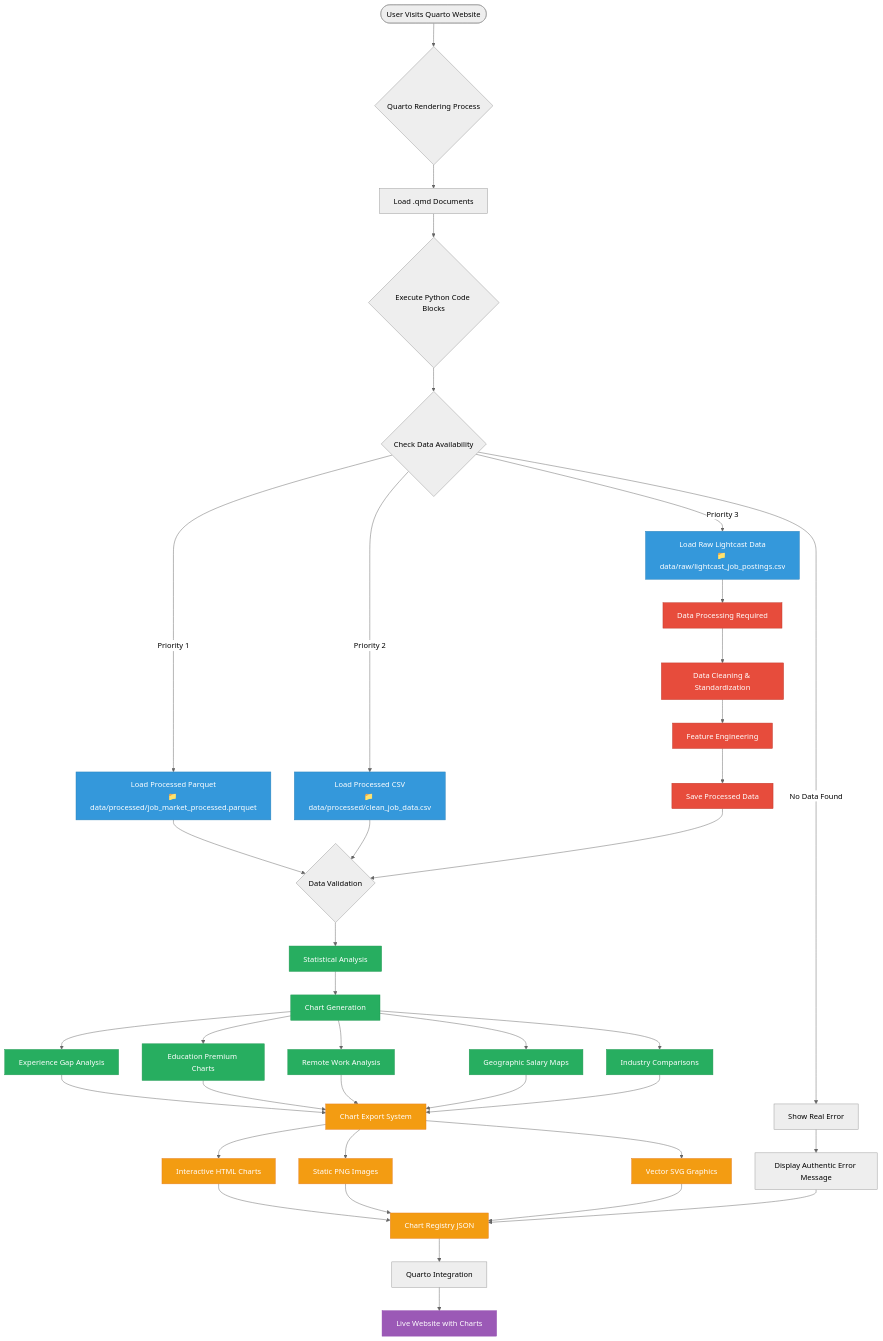
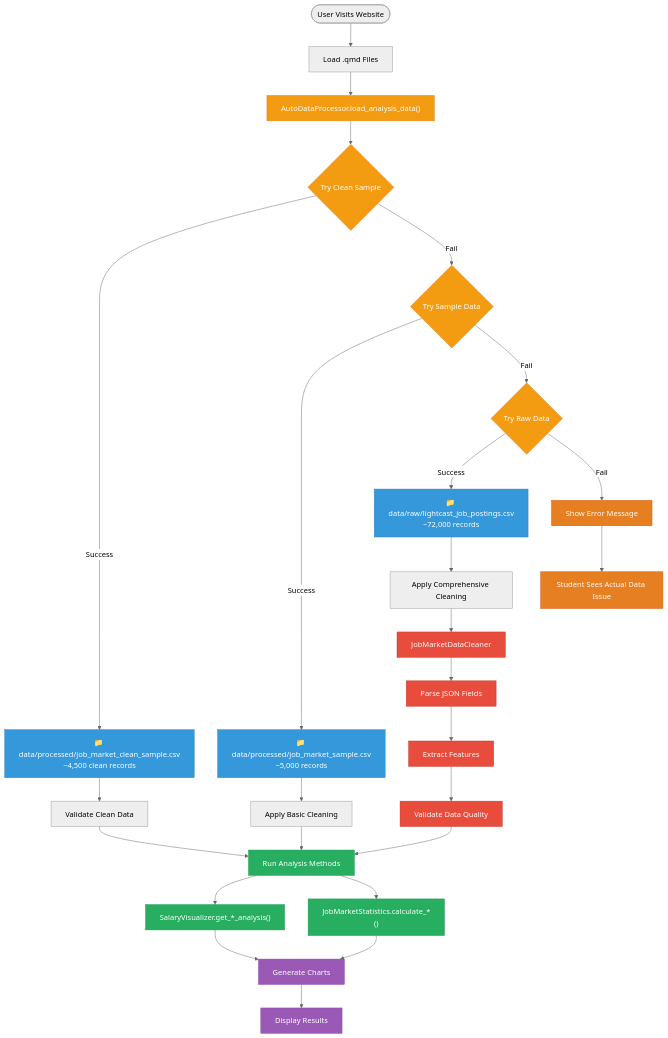
The first of 3 diagrams in DESIGN.md (samarthya/ad688-scratch), drawn with Mermaid (neutral theme) before and after one commit. The commit also changed other lines of this file and 48 other files, not shown here.

````diff
--- a/DESIGN.md
+++ b/DESIGN.md
@@ -107,78 +107,61 @@
 ```mermaid
 flowchart TD
-    %% User Access
-    START([User Visits Quarto Website]) --> RENDER{Quarto Rendering Process}
+    %% Start
+    START([User Visits Website]) --> QMD[Load .qmd Files]
 
-    %% Quarto Document Processing
-    RENDER --> QMD[Load .qmd Documents]
-    QMD --> PYTHON{Execute Python Code Blocks}
+    %% Auto-Processing Pipeline
+    QMD --> AUTO["AutoDataProcessor.load_analysis_data()"]
 
-    %% Data Loading Decision Tree
-    PYTHON --> DATACHECK{Check Data Availability}
+    %% Data Source Priority
+    AUTO --> TRY1{Try Clean Sample}
+    TRY1 -->|Success| CLEAN[📁 data/processed/job_market_clean_sample.csv<br/>~4,500 clean records]
+    TRY1 -->|Fail| TRY2{Try Sample Data}
 
-    %% Data Source Hierarchy
-    DATACHECK -->|Priority 1| PARQUET[Load Processed Parquet<br/>📁 data/processed/job_market_processed.parquet]
-    DATACHECK -->|Priority 2| CSV[Load Processed CSV<br/>📁 data/processed/clean_job_data.csv]
-    DATACHECK -->|Priority 3| RAW[Load Raw Lightcast Data<br/>📁 data/raw/lightcast_job_postings.csv]
+    TRY2 -->|Success| SAMPLE[📁 data/processed/job_market_sample.csv<br/>~5,000 records]
+    TRY2 -->|Fail| TRY3{Try Raw Data}
 
-    %% Data Processing Branch
-    PARQUET --> VALIDATE{Data Validation}
-    CSV --> VALIDATE
-    RAW --> PROCESS[Data Processing Required]
+    TRY3 -->|Success| RAW[📁 data/raw/lightcast_job_postings.csv<br/>~72,000 records]
+    TRY3 -->|Fail| ERROR[Show Error Message]
 
-    %% Processing Pipeline
-    PROCESS --> CLEAN[Data Cleaning & Standardization]
-    CLEAN --> FEATURE[Feature Engineering]
-    FEATURE --> SAVE[Save Processed Data]
-    SAVE --> VALIDATE
+    %% Processing Chain
+    CLEAN --> VALIDATE[Validate Clean Data]
+    SAMPLE --> BASIC[Apply Basic Cleaning]
+    RAW --> COMPREHENSIVE[Apply Comprehensive Cleaning]
 
-    %% Chart Generation Pipeline
-    VALIDATE --> ANALYSIS[Statistical Analysis]
-    ANALYSIS --> CHARTS[Chart Generation]
+    %% Data Cleaning
+    COMPREHENSIVE --> CLEANER[JobMarketDataCleaner]
+    CLEANER --> PARSE[Parse JSON Fields]
+    PARSE --> EXTRACT[Extract Features]
+    EXTRACT --> VALIDATE2[Validate Data Quality]
 
-    %% Chart Types
-    CHARTS --> EXPERIENCE[Experience Gap Analysis]
-    CHARTS --> EDUCATION[Education Premium Charts]
-    CHARTS --> REMOTE[Remote Work Analysis]
-    CHARTS --> GEOGRAPHIC[Geographic Salary Maps]
-    CHARTS --> INDUSTRY[Industry Comparisons]
+    %% Analysis
+    VALIDATE --> ANALYZE[Run Analysis Methods]
+    BASIC --> ANALYZE
+    VALIDATE2 --> ANALYZE
 
-    %% Output Generation
-    EXPERIENCE --> EXPORT[Chart Export System]
-    EDUCATION --> EXPORT
-    REMOTE --> EXPORT
-    GEOGRAPHIC --> EXPORT
-    INDUSTRY --> EXPORT
+    ANALYZE --> VISUALIZER["SalaryVisualizer.get_*_analysis()"]
+    ANALYZE --> STATS["JobMarketStatistics.calculate_*()"]
 
-    %% Multi-Format Output
-    EXPORT --> HTML[Interactive HTML Charts]
-    EXPORT --> PNG[Static PNG Images]
-    EXPORT --> SVG[Vector SVG Graphics]
-
-    %% Registry and Integration
-    HTML --> REGISTRY[Chart Registry JSON]
-    PNG --> REGISTRY
-    SVG --> REGISTRY
-
-    %% Final Website Assembly
-    REGISTRY --> INTEGRATE[Quarto Integration]
-    INTEGRATE --> WEBSITE[Live Website with Charts]
+    %% Success Path
+    VISUALIZER --> CHARTS[Generate Charts]
+    STATS --> CHARTS
+    CHARTS --> WEBSITE[Display Results]
 
     %% Error Handling
-    DATACHECK -->|No Data Found| ERROR[Show Real Error]
-    ERROR --> AUTHENTIC[Display Authentic Error Message]
-    AUTHENTIC --> REGISTRY
+    ERROR --> STUDENT[Student Sees Actual Data Issue]
 
     %% Styling
-    classDef dataSource fill:#3498DB,stroke:#2980B9,color:#fff
-    classDef processing fill:#E74C3C,stroke:#C0392B,color:#fff
+    classDef data fill:#3498DB,stroke:#2980B9,color:#fff
+    classDef process fill:#E74C3C,stroke:#C0392B,color:#fff
     classDef analysis fill:#27AE60,stroke:#229954,color:#fff
-    classDef output fill:#F39C12,stroke:#E67E22,color:#fff
-    classDef final fill:#9B59B6,stroke:#8E44AD,color:#fff
+    classDef error fill:#E67E22,stroke:#D35400,color:#fff
+    classDef output fill:#9B59B6,stroke:#8E44AD,color:#fff
+    classDef auto fill:#F39C12,stroke:#E67E22,color:#fff
 
-    class PARQUET,CSV,RAW dataSource
-    class PROCESS,CLEAN,FEATURE,SAVE processing
-    class ANALYSIS,CHARTS,EXPERIENCE,EDUCATION,REMOTE,GEOGRAPHIC,INDUSTRY analysis
-    class EXPORT,HTML,PNG,SVG,REGISTRY output
-    class WEBSITE final
+    class CLEAN,SAMPLE,RAW data
+    class CLEANER,PARSE,EXTRACT,VALIDATE2 process
+    class ANALYZE,VISUALIZER,STATS analysis
+    class ERROR,STUDENT error
+    class CHARTS,WEBSITE output
+    class AUTO,TRY1,TRY2,TRY3 auto
 ```
````
